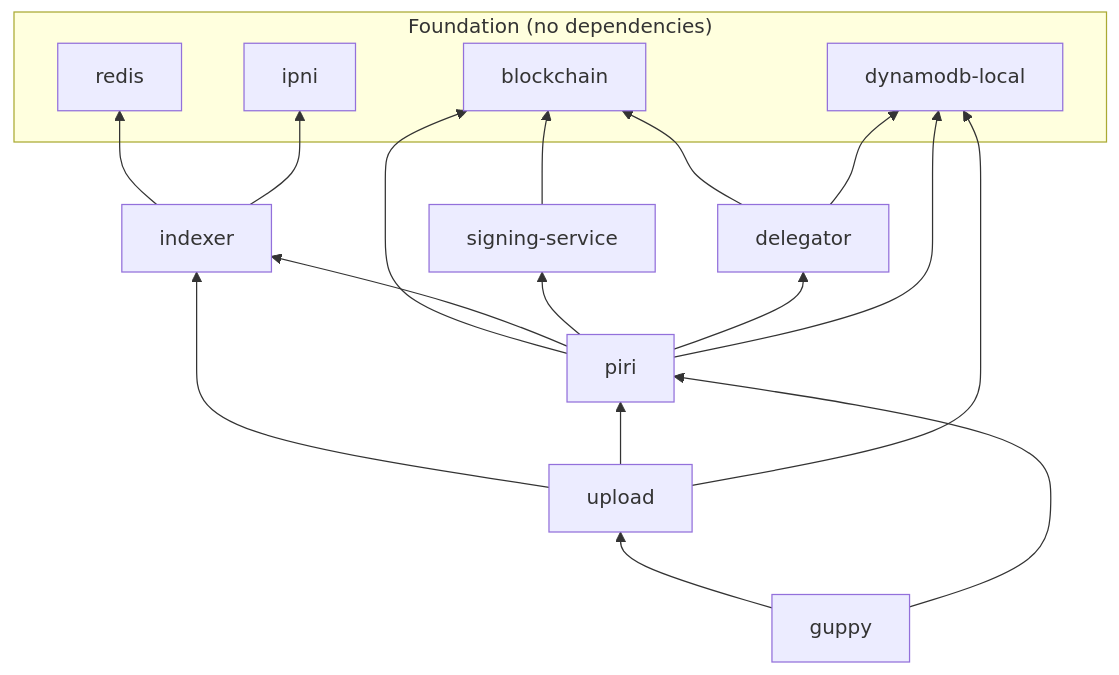
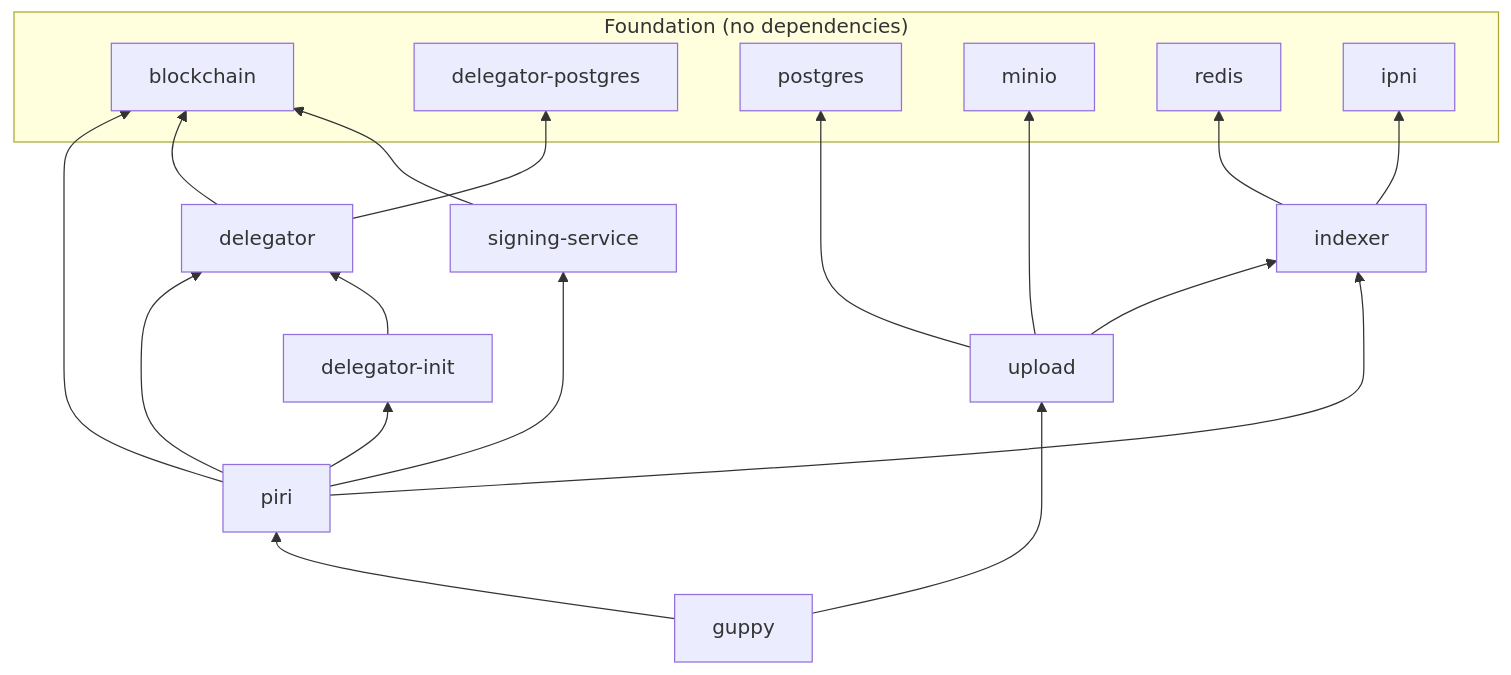
One commit to fil-forge/smelt changed the diagram in docs/TROUBLESHOOTING.md. Above: the diagram before and after it, drawn with Mermaid. The commit also changed other lines of this file and 58 other files, not shown here.

First line of the commit message:
sc-1123 feat(delegator): keep state in Postgres (#90)

````diff
--- a/docs/TROUBLESHOOTING.md
+++ b/docs/TROUBLESHOOTING.md
@@ -890,25 +890,28 @@
 ```mermaid
 flowchart BT
     subgraph Foundation["Foundation (no dependencies)"]
         blockchain
-        dynamodb["dynamodb-local"]
+        delegator_pg["delegator-postgres"]
+        upload_pg["postgres"]
+        minio
         redis
         ipni
     end
 
     signing["signing-service"] --> blockchain
     delegator --> blockchain
-    delegator --> dynamodb
+    delegator --> delegator_pg
+    delegator_init["delegator-init"] --> delegator
     indexer --> redis
     indexer --> ipni
     piri --> blockchain
     piri --> indexer
     piri --> signing
     piri --> delegator
-    piri --> dynamodb
+    piri --> delegator_init
     upload --> indexer
-    upload --> piri
-    upload --> dynamodb
+    upload --> minio
+    upload --> upload_pg
     guppy --> upload
     guppy --> piri
 ```
````
